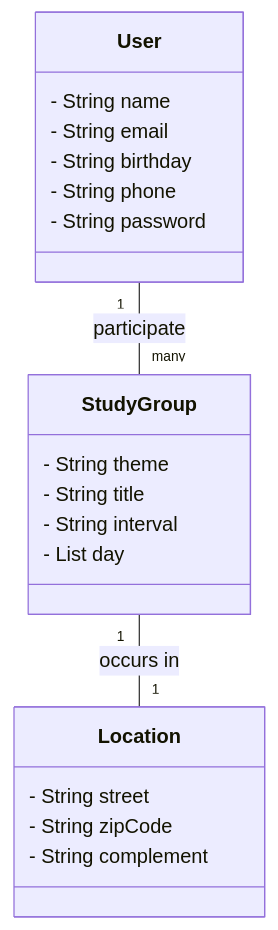
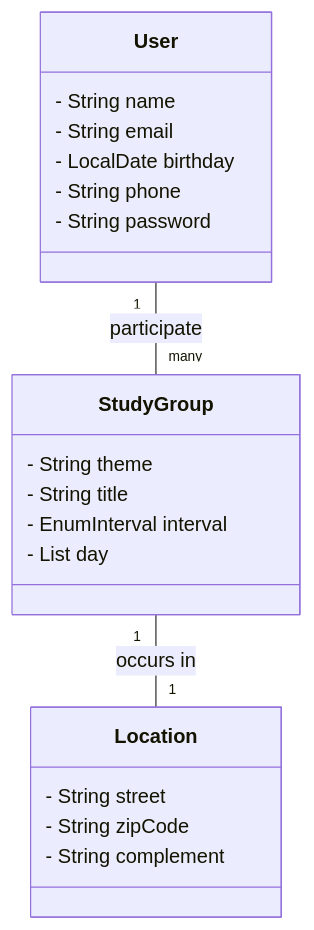
The diagram in aktie-api/readme.md (Sandrolaxx/bootcamp-bradesco-java), drawn with Mermaid before and after one commit. The commit also changed 16 other files, not shown here.

````diff
--- a/aktie-api/readme.md
+++ b/aktie-api/readme.md
@@ -5,26 +5,26 @@
 ```mermaid
 classDiagram
     class User {
         - String name
         - String email
-        - String birthday
+        - LocalDate birthday
         - String phone
         - String password
     }
 
     class StudyGroup {
         - String theme
         - String title
-        - String interval
+        - EnumInterval interval
         - List<int> day
     }
 
     class Location {
         - String street
         - String zipCode
         - String complement
     }
 
     User "1" -- "many" StudyGroup : participate
     StudyGroup "1" -- "1" Location : occurs in
 ```
````
